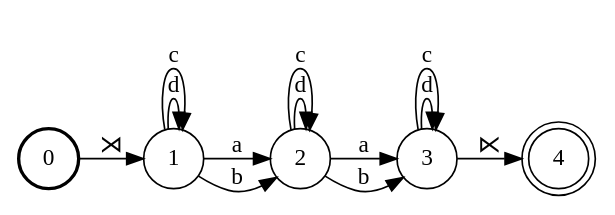
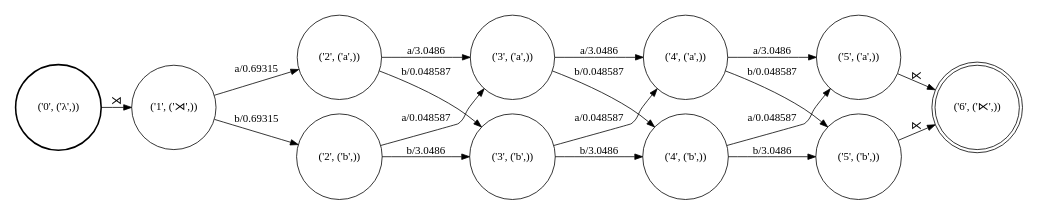
One commit to colincwilson/wynini changed the diagram in demo/S.dot. Above: the diagram before and after it, drawn with Graphviz. The commit also changed 10 other files, not shown here.

```diff
--- a/demo/S.dot
+++ b/demo/S.dot
@@ -1,25 +1,36 @@
 digraph FST {
 rankdir = LR;
 size = "8.5,11";
 center = 1;
 orientation = Portrait;
 ranksep = "0.4";
 nodesep = "0.25";
-0 [label = "0", shape = circle, style = bold, fontsize = 14]
+0 [label = "('0', ('λ',))", shape = circle, style = bold, fontsize = 14]
 	0 -> 1 [label = "⋊", fontsize = 14];
-1 [label = "1", shape = circle, style = solid, fontsize = 14]
-	1 -> 1 [label = "d", fontsize = 14];
-	1 -> 1 [label = "c", fontsize = 14];
-	1 -> 2 [label = "a", fontsize = 14];
-	1 -> 2 [label = "b", fontsize = 14];
-2 [label = "2", shape = circle, style = solid, fontsize = 14]
-	2 -> 2 [label = "d", fontsize = 14];
-	2 -> 2 [label = "c", fontsize = 14];
-	2 -> 3 [label = "a", fontsize = 14];
-	2 -> 3 [label = "b", fontsize = 14];
-3 [label = "3", shape = circle, style = solid, fontsize = 14]
-	3 -> 3 [label = "d", fontsize = 14];
-	3 -> 3 [label = "c", fontsize = 14];
-	3 -> 4 [label = "⋉", fontsize = 14];
-4 [label = "4", shape = doublecircle, style = solid, fontsize = 14]
+1 [label = "('1', ('⋊',))", shape = circle, style = solid, fontsize = 14]
+	1 -> 2 [label = "a/0.69315", fontsize = 14];
+	1 -> 3 [label = "b/0.69315", fontsize = 14];
+2 [label = "('2', ('a',))", shape = circle, style = solid, fontsize = 14]
+	2 -> 4 [label = "a/3.0486", fontsize = 14];
+	2 -> 5 [label = "b/0.048587", fontsize = 14];
+3 [label = "('2', ('b',))", shape = circle, style = solid, fontsize = 14]
+	3 -> 4 [label = "a/0.048587", fontsize = 14];
+	3 -> 5 [label = "b/3.0486", fontsize = 14];
+4 [label = "('3', ('a',))", shape = circle, style = solid, fontsize = 14]
+	4 -> 6 [label = "a/3.0486", fontsize = 14];
+	4 -> 7 [label = "b/0.048587", fontsize = 14];
+5 [label = "('3', ('b',))", shape = circle, style = solid, fontsize = 14]
+	5 -> 6 [label = "a/0.048587", fontsize = 14];
+	5 -> 7 [label = "b/3.0486", fontsize = 14];
+6 [label = "('4', ('a',))", shape = circle, style = solid, fontsize = 14]
+	6 -> 8 [label = "a/3.0486", fontsize = 14];
+	6 -> 9 [label = "b/0.048587", fontsize = 14];
+7 [label = "('4', ('b',))", shape = circle, style = solid, fontsize = 14]
+	7 -> 8 [label = "a/0.048587", fontsize = 14];
+	7 -> 9 [label = "b/3.0486", fontsize = 14];
+8 [label = "('5', ('a',))", shape = circle, style = solid, fontsize = 14]
+	8 -> 10 [label = "⋉", fontsize = 14];
+9 [label = "('5', ('b',))", shape = circle, style = solid, fontsize = 14]
+	9 -> 10 [label = "⋉", fontsize = 14];
+10 [label = "('6', ('⋉',))", shape = doublecircle, style = solid, fontsize = 14]
 }
```
